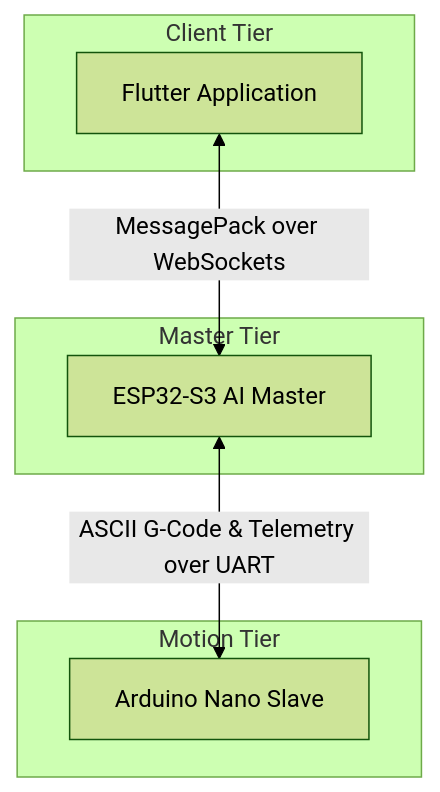
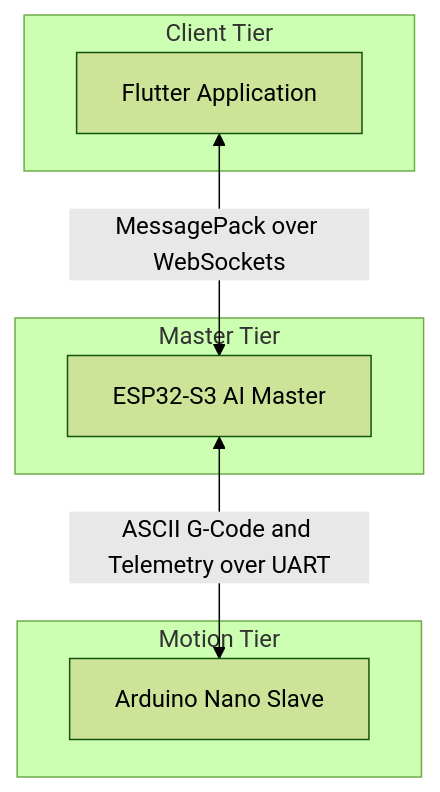
Before and after one commit to Itskent2/AGRI_3D-App_Mark2: the first of 3 diagrams in masterplan/README.md, drawn with Mermaid (forest theme). The commit also changed other lines of this file, not shown here.

````diff
--- a/masterplan/README.md
+++ b/masterplan/README.md
@@ -11,15 +13,15 @@
 ```mermaid
 graph TD
     subgraph Client [Client Tier]
         F[Flutter Application]
     end
     subgraph Master [Master Tier]
         E[ESP32-S3 AI Master]
     end
     subgraph Motion [Motion Tier]
         N[Arduino Nano Slave]
     end
 
     F <--> |MessagePack over WebSockets| E
-    E <--> |ASCII G-Code & Telemetry over UART| N
+    E <--> |ASCII G-Code and Telemetry over UART| N
 ```
````
